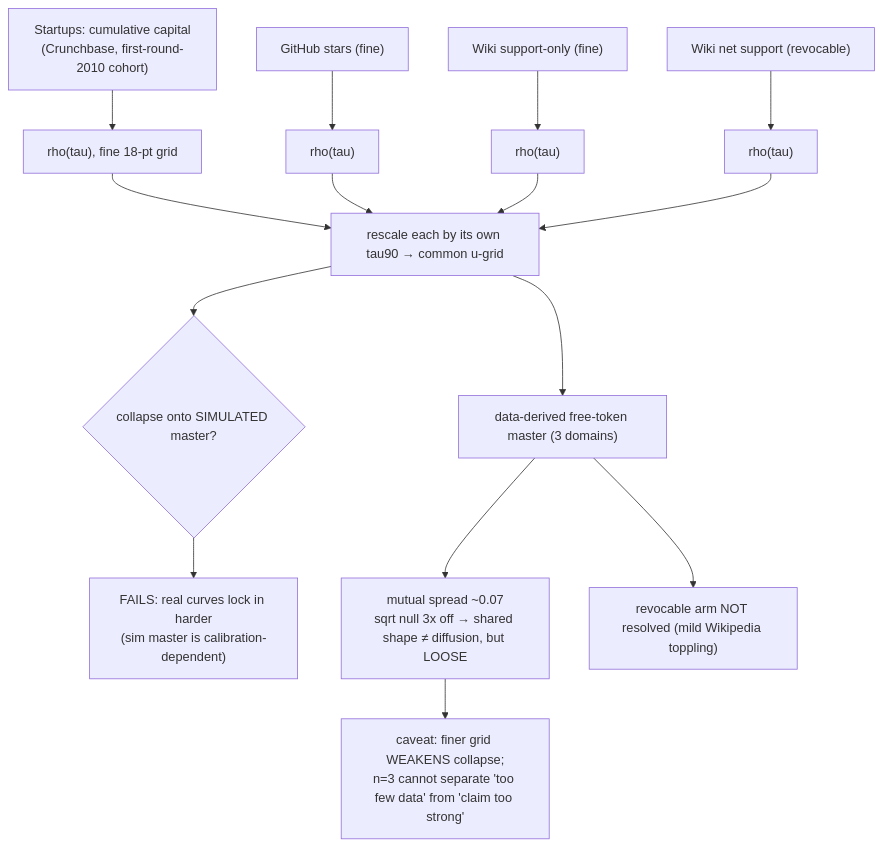
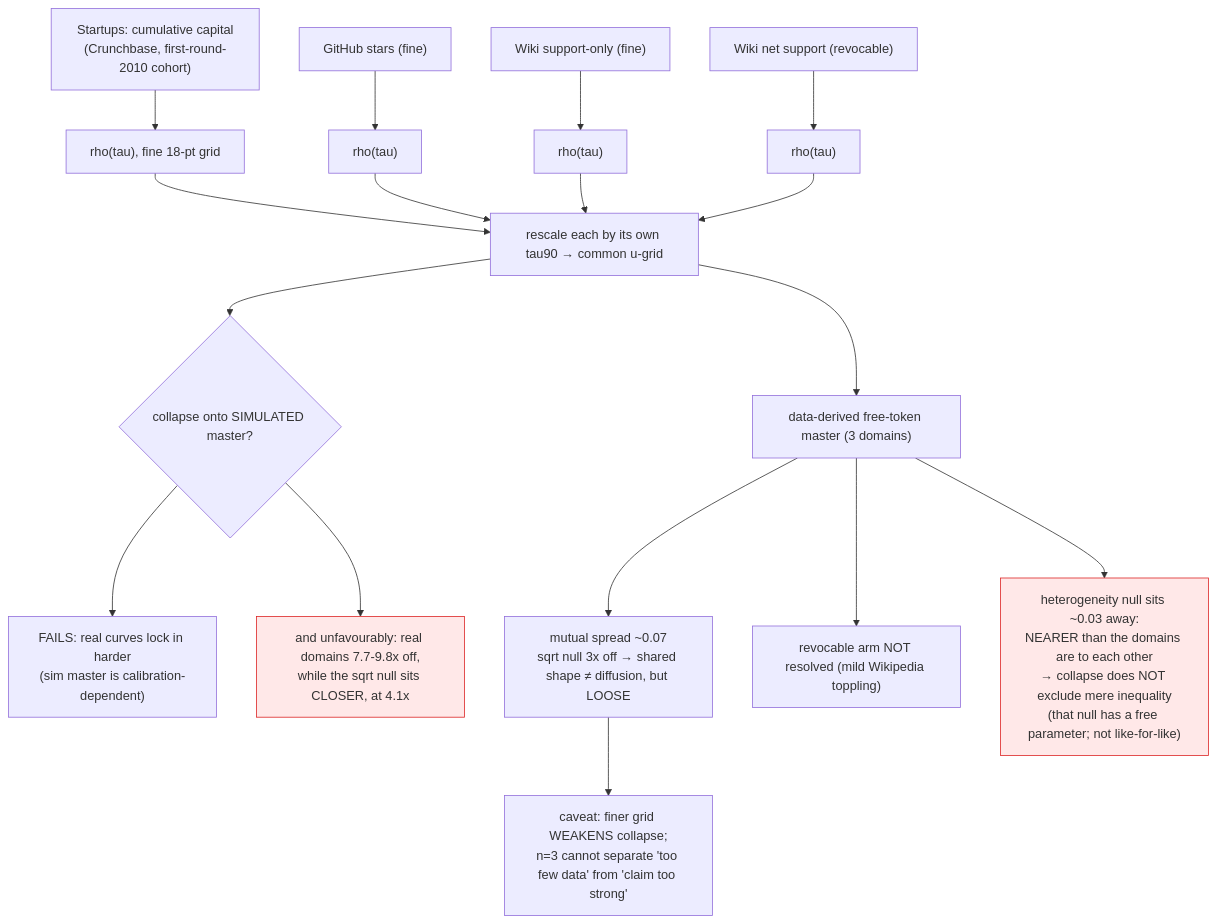
Diagram 18 of 20 in scripts/ALGORITHMS_DIAGRAMS.md (dkrse/symmetry-breaking-amplifier), drawn with Mermaid before and after one commit. The commit also changed other lines of this file and 11 other files, not shown here.

````diff
--- a/scripts/ALGORITHMS_DIAGRAMS.md
+++ b/scripts/ALGORITHMS_DIAGRAMS.md
@@ -265,14 +269,18 @@
 ```mermaid
 flowchart TD
     S["Startups: cumulative capital<br/>(Crunchbase, first-round-2010 cohort)"] --> R1["rho(tau), fine 18-pt grid"]
     G["GitHub stars (fine)"] --> R2["rho(tau)"]
     W["Wiki support-only (fine)"] --> R3["rho(tau)"]
     N["Wiki net support (revocable)"] --> R4["rho(tau)"]
     R1 & R2 & R3 & R4 --> RS["rescale each by its own tau90 → common u-grid"]
     RS --> M1{"collapse onto SIMULATED master?"}
     M1 --> F1["FAILS: real curves lock in harder<br/>(sim master is calibration-dependent)"]
+    M1 --> F1b["and unfavourably: real domains 7.7-9.8x off,<br/>while the sqrt null sits CLOSER, at 4.1x"]
     RS --> M2["data-derived free-token master (3 domains)"]
     M2 --> F2["mutual spread ~0.07<br/>sqrt null 3x off → shared shape ≠ diffusion, but LOOSE"]
     M2 --> F3["revocable arm NOT resolved (mild Wikipedia toppling)"]
+    M2 --> F4["heterogeneity null sits ~0.03 away:<br/>NEARER than the domains are to each other<br/>→ collapse does NOT exclude mere inequality<br/>(that null has a free parameter; not like-for-like)"]
     F2 --> C["caveat: finer grid WEAKENS collapse;<br/>n=3 cannot separate 'too few data' from 'claim too strong'"]
+    style F1b fill:#ffe8e8,stroke:#dc2626
+    style F4 fill:#ffe8e8,stroke:#dc2626
 ```
````
